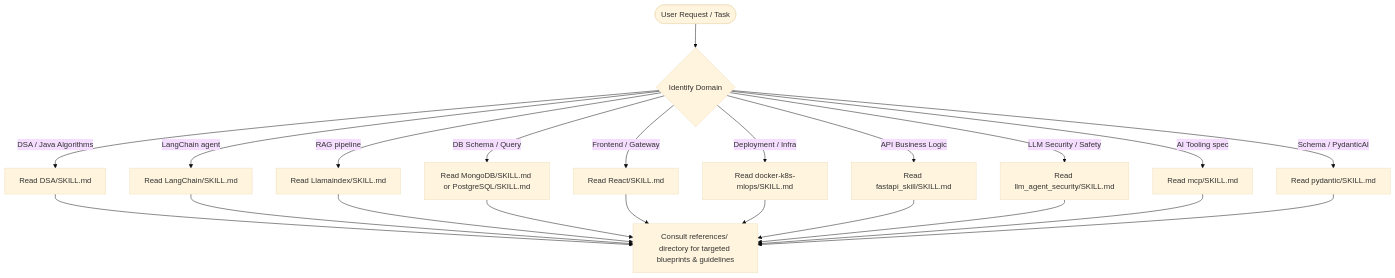
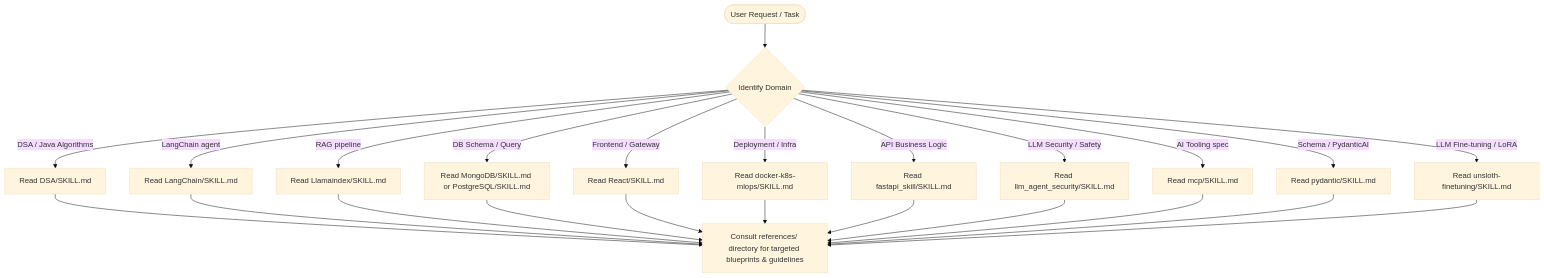
Before and after one commit to Midhil-6473/SKILLS: the diagram in README.md, drawn with Mermaid (base theme). The commit also changed other lines of this file and 14 other files, not shown here.

Commit message:
Add all-skills bundle option and unsloth-finetuning skill

````diff
--- a/README.md
+++ b/README.md
@@ -238,25 +256,27 @@
 ```mermaid
 graph TD
     User([User Request / Task]) --> Route{Identify Domain}
     Route -->|DSA / Java Algorithms| DSA[Read DSA/SKILL.md]
     Route -->|LangChain agent| LC[Read LangChain/SKILL.md]
     Route -->|RAG pipeline| LI[Read Llamaindex/SKILL.md]
     Route -->|DB Schema / Query| DB[Read MongoDB/SKILL.md or PostgreSQL/SKILL.md]
     Route -->|Frontend / Gateway| FE[Read React/SKILL.md]
     Route -->|Deployment / Infra| OPS[Read docker-k8s-mlops/SKILL.md]
     Route -->|API Business Logic| API[Read fastapi_skill/SKILL.md]
     Route -->|LLM Security / Safety| SEC[Read llm_agent_security/SKILL.md]
     Route -->|AI Tooling spec| MCP[Read mcp/SKILL.md]
     Route -->|Schema / PydanticAI| PY[Read pydantic/SKILL.md]
+    Route -->|LLM Fine-tuning / LoRA| UF[Read unsloth-finetuning/SKILL.md]
 
     DSA --> Consult[Consult references/ directory for targeted blueprints & guidelines]
     LC --> Consult
     LI --> Consult
     DB --> Consult
     FE --> Consult
     OPS --> Consult
     API --> Consult
     SEC --> Consult
     MCP --> Consult
     PY --> Consult
+    UF --> Consult
 ```
````
